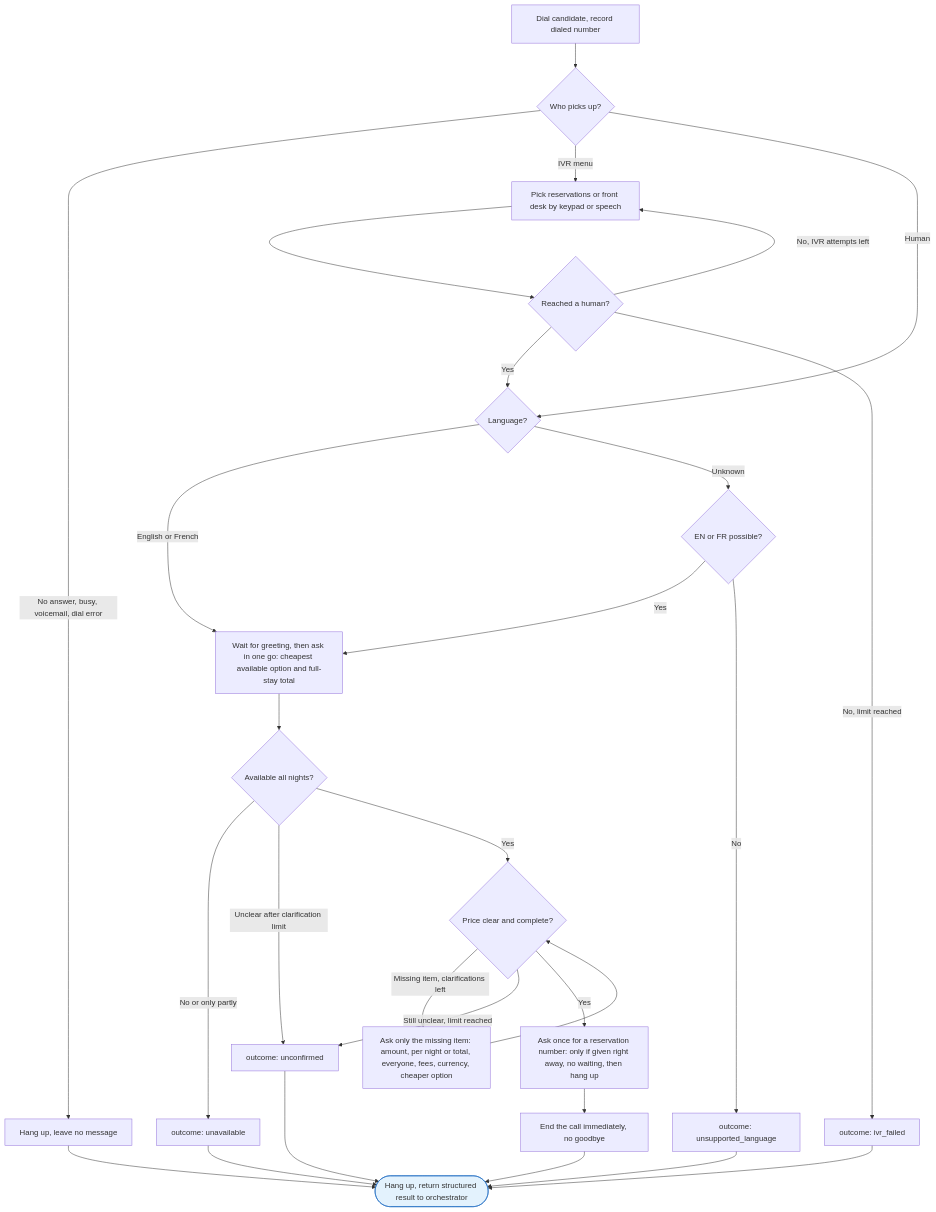
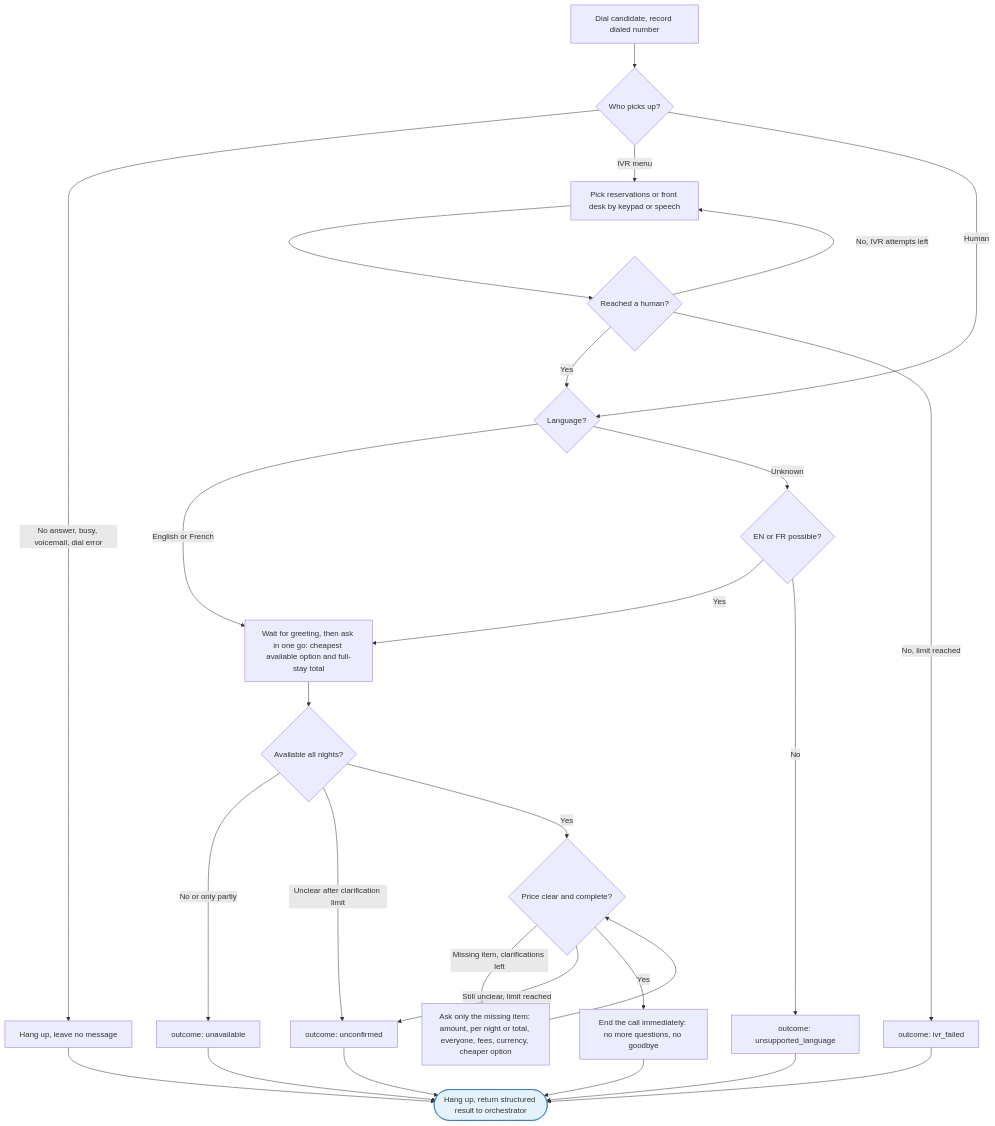
One commit to iratansh/Team-SprintMasters changed the second of 2 diagrams in call-flow.md. Above: the diagram before and after it, drawn with Mermaid. The commit also changed other lines of this file and 1 other file, not shown here.

First line of the commit message:
Call agent v0.7.2: never ask for any name, hang up right after the price

````diff
--- a/call-flow.md
+++ b/call-flow.md
@@ -105,31 +107,30 @@
 ```mermaid
 flowchart TD
     Dial["Dial candidate, record dialed number"] --> Who{"Who picks up?"}
     Who -->|"No answer, busy, voicemail, dial error"| Fail1["Hang up, leave no message"]
     Who -->|"IVR menu"| IVR["Pick reservations or front desk by keypad or speech"]
     IVR --> IVRok{"Reached a human?"}
     IVRok -->|"Yes"| Lang
     IVRok -->|"No, IVR attempts left"| IVR
     IVRok -->|"No, limit reached"| Fail2["outcome: ivr_failed"]
     Who -->|"Human"| Lang{"Language?"}
     Lang -->|"English or French"| Open["Wait for greeting, then ask in one go: cheapest available option and full-stay total"]
     Lang -->|"Unknown"| LangQ{"EN or FR possible?"}
     LangQ -->|"Yes"| Open
     LangQ -->|"No"| Fail3["outcome: unsupported_language"]
     Open --> Avail{"Available all nights?"}
     Avail -->|"No or only partly"| Fail4["outcome: unavailable"]
     Avail -->|"Unclear after clarification limit"| Fail5["outcome: unconfirmed"]
     Avail -->|"Yes"| Gap{"Price clear and complete?"}
     Gap -->|"Missing item, clarifications left"| AskGap["Ask only the missing item: amount, per night or total, everyone, fees, currency, cheaper option"]
     AskGap --> Gap
     Gap -->|"Still unclear, limit reached"| Fail5
-    Gap -->|"Yes"| Ref["Ask once for a reservation number: only if given right away, no waiting, then hang up"]
-    Ref --> Close["End the call immediately, no goodbye"]
+    Gap -->|"Yes"| Close["End the call immediately: no more questions, no goodbye"]
     Close --> Ret(["Hang up, return structured result to orchestrator"])
     Fail1 --> Ret
     Fail2 --> Ret
     Fail3 --> Ret
     Fail4 --> Ret
     Fail5 --> Ret
     style Ret fill:#e3f2fd,stroke:#1565c0
 ```
````
